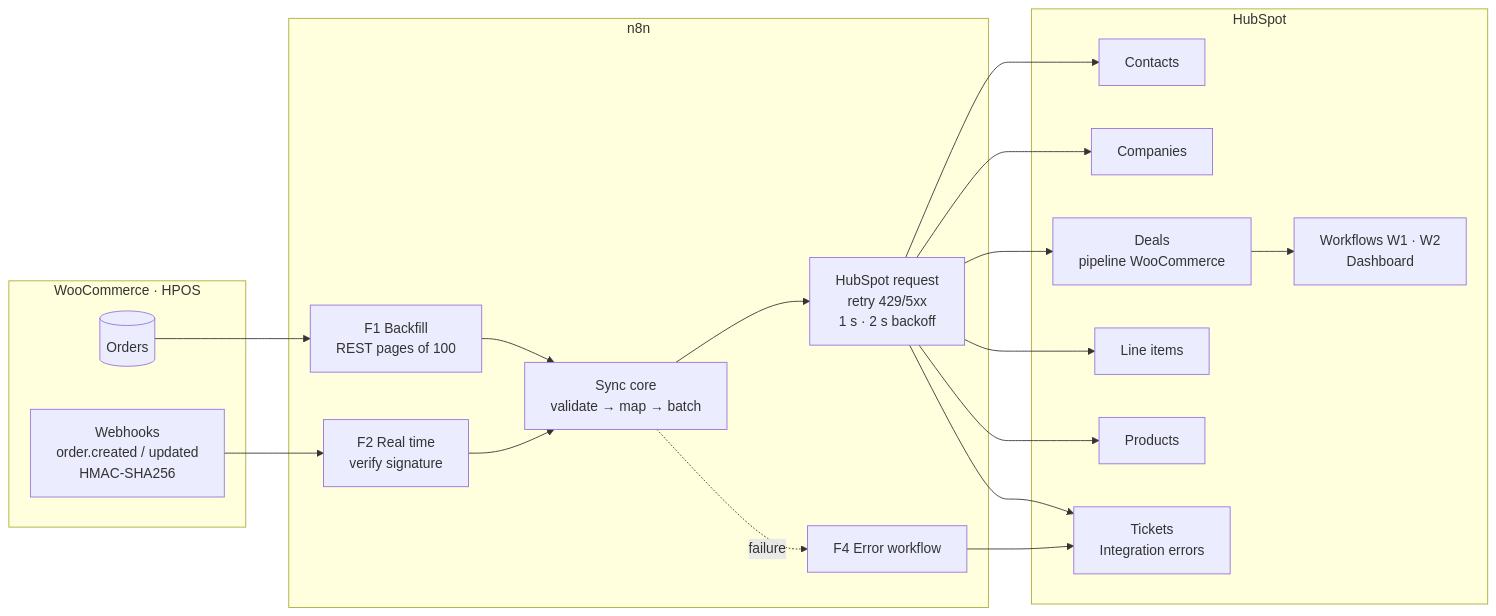
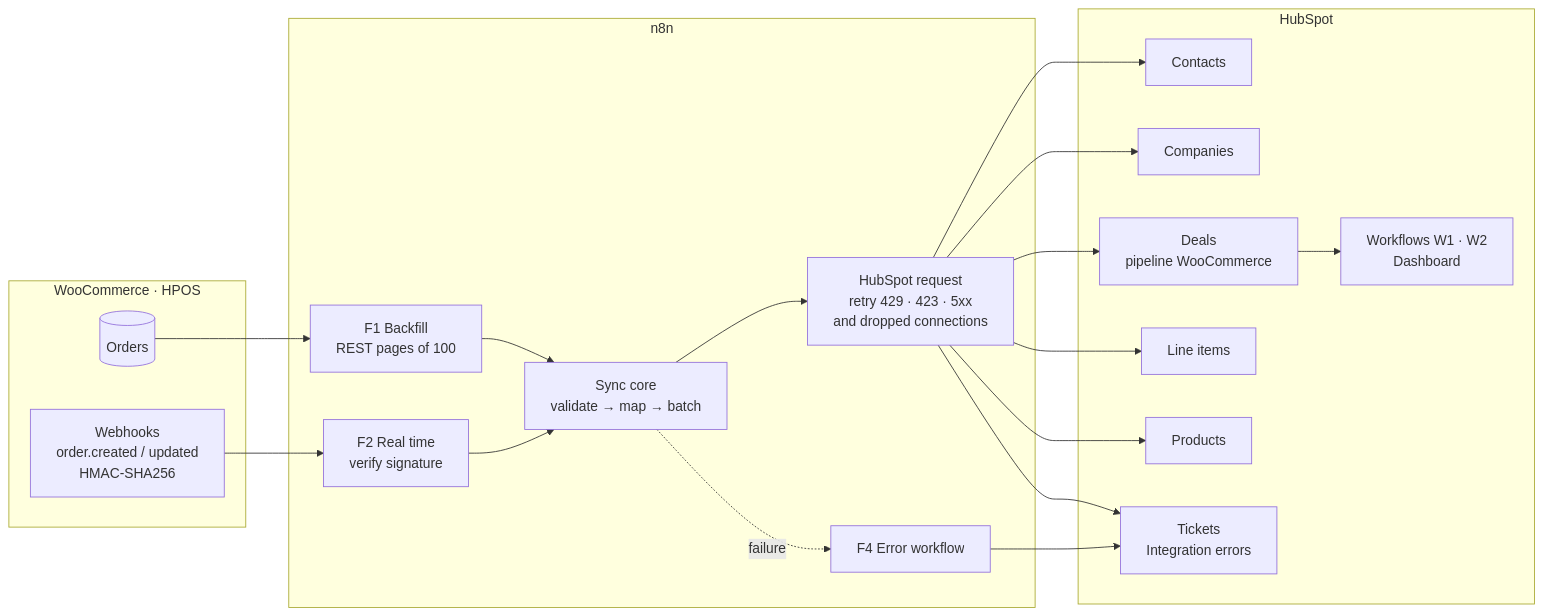
The diagram in README.md (ArjonaEnzo/woocommerce-hubspot-sync), drawn with Mermaid before and after one commit. The commit also changed other lines of this file and 6 other files, not shown here.

Commit message:
docs: real HubSpot results, screenshots, what went wrong, case study

````diff
--- a/README.md
+++ b/README.md
@@ -29,28 +47,28 @@
 ```mermaid
 flowchart LR
   subgraph Woo[WooCommerce · HPOS]
     O[(Orders)]
     WH[Webhooks<br/>order.created / updated<br/>HMAC-SHA256]
   end
   subgraph N8N[n8n]
     F1[F1 Backfill<br/>REST pages of 100]
     F2[F2 Real time<br/>verify signature]
     S[Sync core<br/>validate → map → batch]
-    R[HubSpot request<br/>retry 429/5xx<br/>1 s · 2 s backoff]
+    R[HubSpot request<br/>retry 429 · 423 · 5xx<br/>and dropped connections]
     F4[F4 Error workflow]
   end
   subgraph HS[HubSpot]
     C[Contacts]
     CO[Companies]
     D[Deals<br/>pipeline WooCommerce]
     LI[Line items]
     P[Products]
     T[Tickets<br/>Integration errors]
     W[Workflows W1 · W2<br/>Dashboard]
   end
   O --> F1 --> S
   WH --> F2 --> S
   S --> R --> C & CO & D & LI & P & T
   S -. failure .-> F4 --> T
   D --> W
 ```
````
